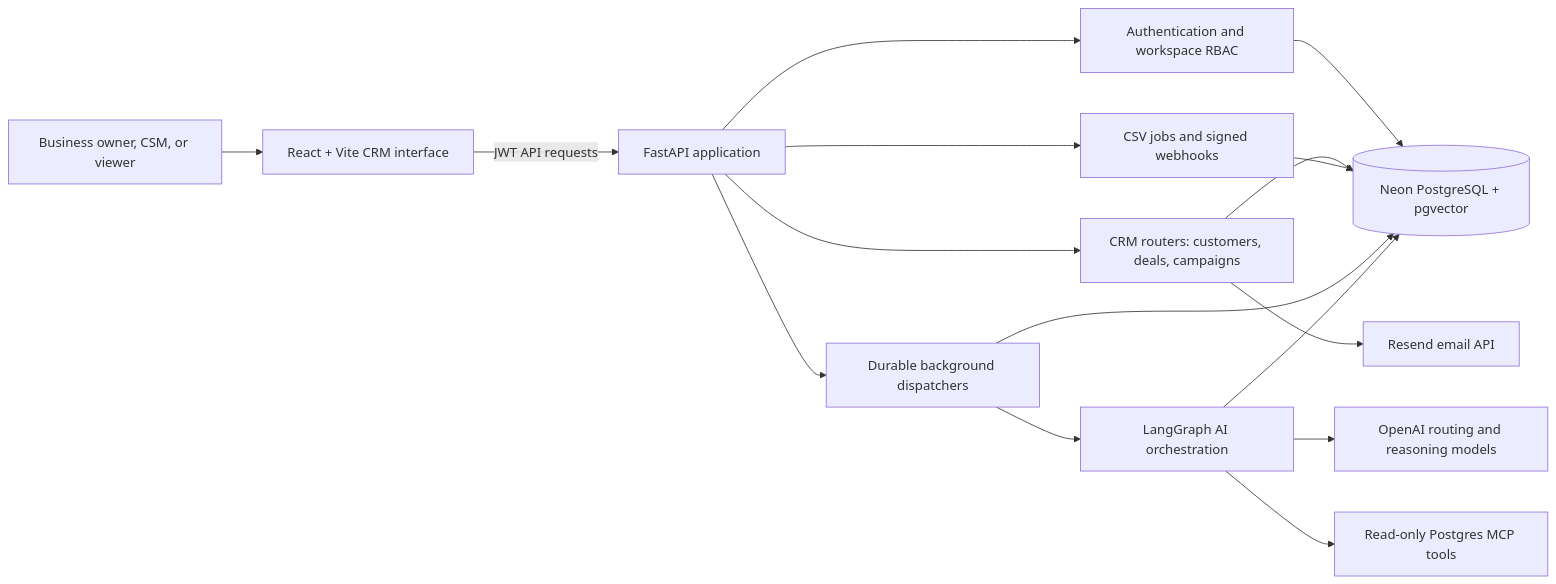
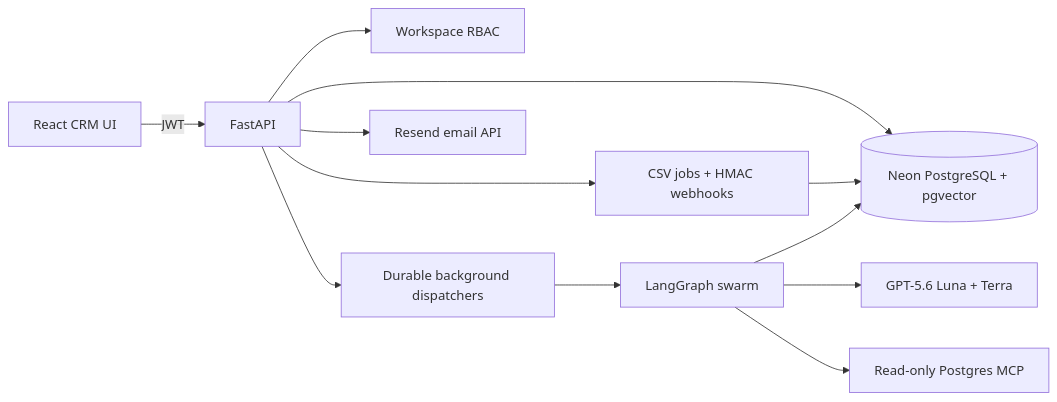
One commit to avi-sh712/TFCRM changed the first of 2 diagrams in README.md. Above: the diagram before and after it, drawn with Mermaid. The commit also changed other lines of this file and 1 other file, not shown here.

````diff
--- a/README.md
+++ b/README.md
@@ -33,18 +41,14 @@
 ```mermaid
 flowchart LR
-    User[Business owner, CSM, or viewer] --> UI[React + Vite CRM interface]
-    UI -->|JWT API requests| API[FastAPI application]
-    API --> Auth[Authentication and workspace RBAC]
-    API --> CRM[CRM routers: customers, deals, campaigns]
-    API --> Intake[CSV jobs and signed webhooks]
+    UI[React CRM UI] -->|JWT| API[FastAPI]
+    API --> Auth[Workspace RBAC]
+    API --> DB[(Neon PostgreSQL + pgvector)]
+    API --> Intake[CSV jobs + HMAC webhooks]
+    Intake --> DB
     API --> Queue[Durable background dispatchers]
-    Queue --> Agents[LangGraph AI orchestration]
-    Agents --> OpenAI[OpenAI routing and reasoning models]
-    Agents --> MCP[Read-only Postgres MCP tools]
-    CRM --> Email[Resend email API]
-    Auth --> DB[(Neon PostgreSQL + pgvector)]
-    CRM --> DB
-    Intake --> DB
-    Queue --> DB
-    Agents --> DB
+    Queue --> Graph[LangGraph swarm]
+    Graph --> OpenAI[GPT-5.6 Luna + Terra]
+    Graph --> MCP[Read-only Postgres MCP]
+    Graph --> DB
+    API --> Resend[Resend email API]
 ```
````
